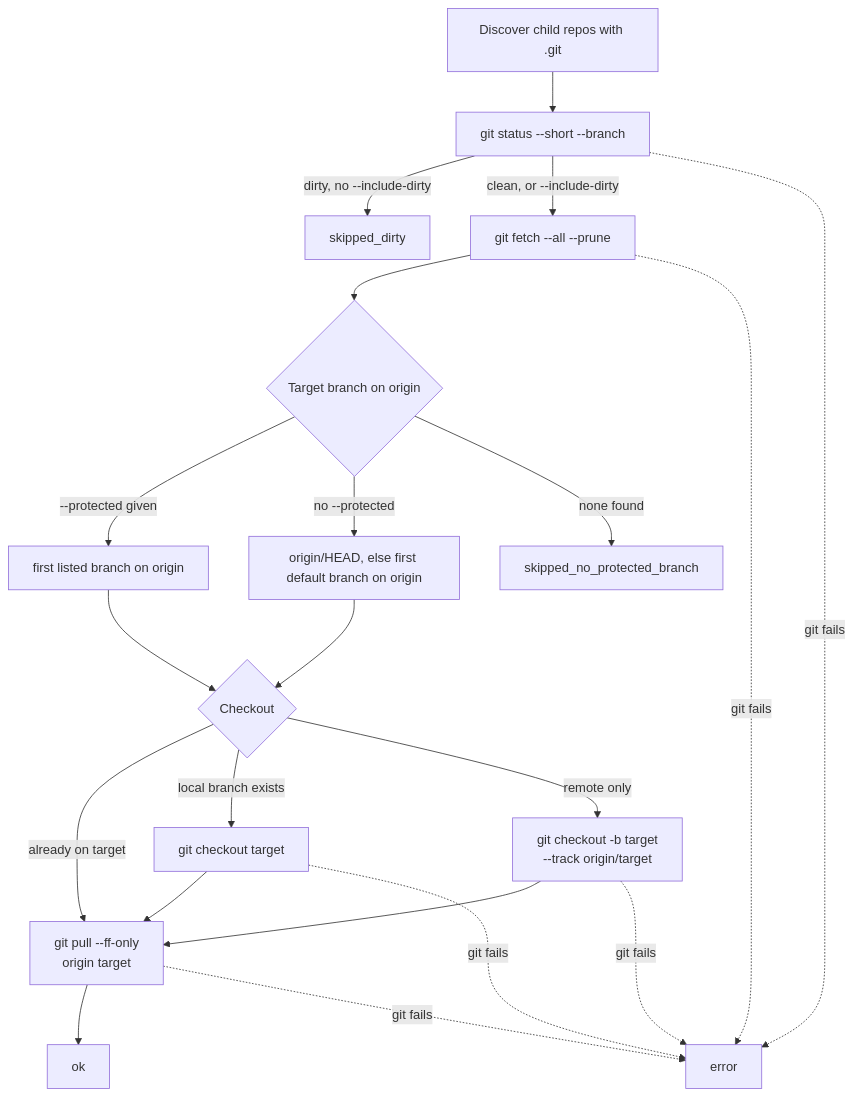
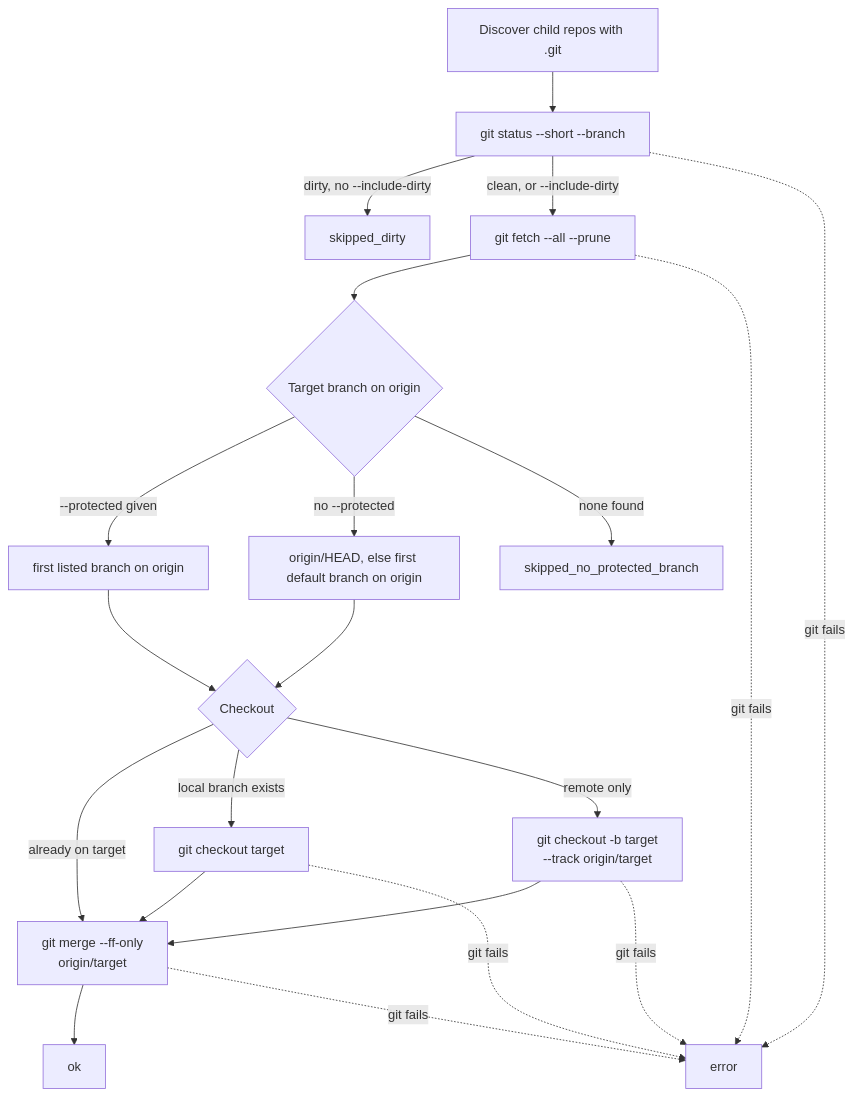
The diagram in packages/git-batch-cli/docs/commands.md (LanNguyenSi/agent-dx), drawn with Mermaid before and after one commit. The commit also changed other lines of this file and 3 other files, not shown here.

````diff
--- a/packages/git-batch-cli/docs/commands.md
+++ b/packages/git-batch-cli/docs/commands.md
@@ -20,23 +20,23 @@
 ```mermaid
 flowchart TD
   D["Discover child repos with .git"] --> S["git status --short --branch"]
   S -->|"dirty, no --include-dirty"| SD["skipped_dirty"]
   S -->|"clean, or --include-dirty"| F["git fetch --all --prune"]
   F --> T{"Target branch on origin"}
   T -->|"--protected given"| TP["first listed branch on origin"]
   T -->|"no --protected"| TO["origin/HEAD, else first default branch on origin"]
   T -->|"none found"| SN["skipped_no_protected_branch"]
   TP --> C{"Checkout"}
   TO --> C
-  C -->|"already on target"| P["git pull --ff-only<br/>origin target"]
+  C -->|"already on target"| P["git merge --ff-only<br/>origin/target"]
   C -->|"local branch exists"| CL["git checkout target"]
   C -->|"remote only"| CR["git checkout -b target<br/>--track origin/target"]
   CL --> P
   CR --> P
   P --> OK["ok"]
   S -.->|"git fails"| E["error"]
   F -.->|"git fails"| E
   CL -.->|"git fails"| E
   CR -.->|"git fails"| E
   P -.->|"git fails"| E
 ```
````
